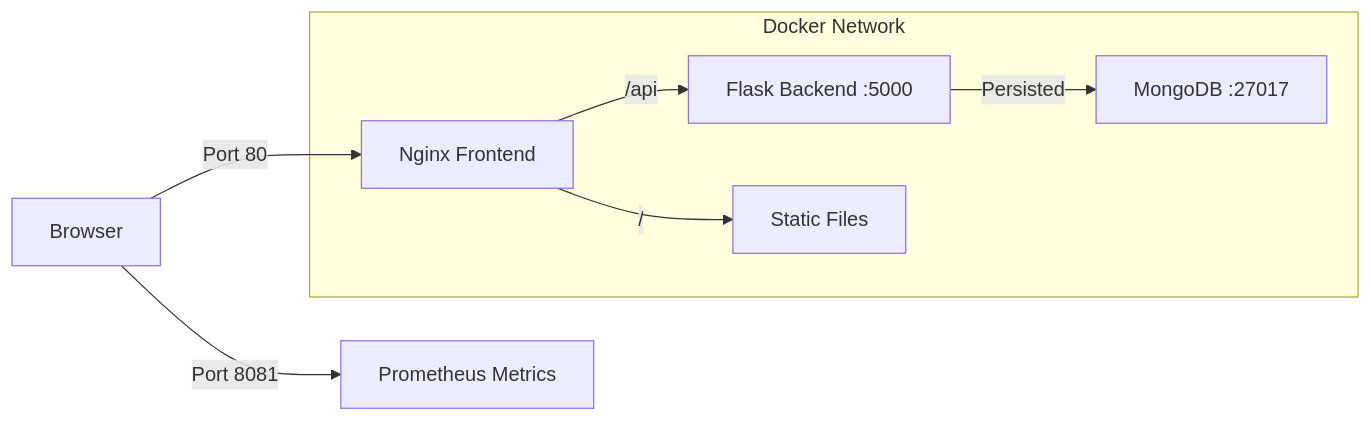
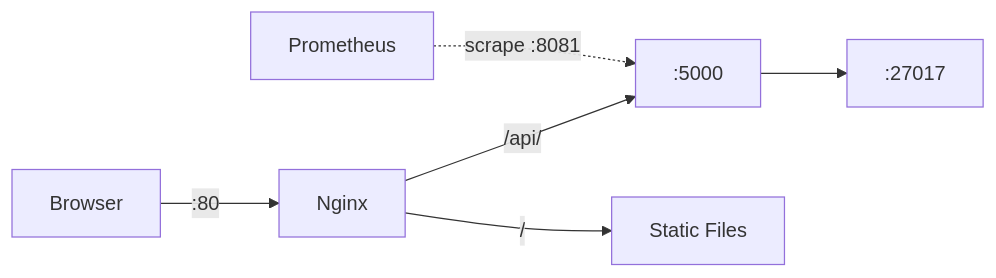
Before and after one commit to arielgabai1/SmartCart: the first of 2 diagrams in README.md, drawn with Mermaid. The commit also changed other lines of this file, not shown here.

````diff
--- a/README.md
+++ b/README.md
@@ -32,11 +36,8 @@
 ```mermaid
 graph LR
-    User[Browser] -->|Port 80| Nginx[Nginx Frontend]
-    User -->|Port 8081| Metrics[Prometheus Metrics]
-    
-    subgraph Docker Network
-        Nginx -->|/api| Flask[Flask Backend :5000]
-        Nginx -->|/| Static[Static Files]
-        Flask -->|Persisted| Mongo[MongoDB :27017]
-    end
+    Browser -->|:80| Nginx
+    Nginx -->|/api/| Flask[:5000]
+    Nginx -->|/| Static[Static Files]
+    Flask --> MongoDB[:27017]
+    Prometheus -.->|scrape :8081| Flask
 ```
````
